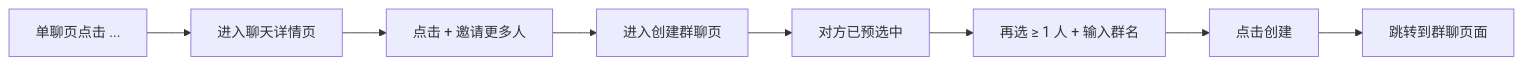
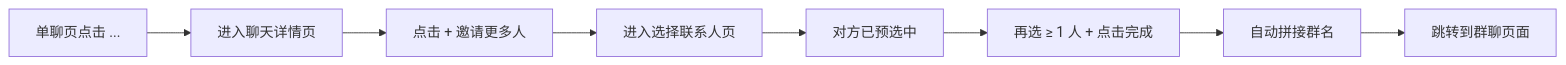
Before and after one commit to toly1994328/flash_im_by_ai: the second of 7 diagrams in docs/features/im/group/v0.0.1/analysis.md, drawn with Mermaid. The commit also changed other lines of this file and 84 other files, not shown here.

````diff
--- a/docs/features/im/group/v0.0.1/analysis.md
+++ b/docs/features/im/group/v0.0.1/analysis.md
@@ -45,10 +34,10 @@
 ```mermaid
 flowchart LR
     A[单聊页点击 ...] --> B[进入聊天详情页]
     B --> C[点击 + 邀请更多人]
-    C --> D[进入创建群聊页]
+    C --> D[进入选择联系人页]
     D --> E[对方已预选中]
-    E --> F[再选 ≥ 1 人 + 输入群名]
-    F --> G[点击创建]
+    E --> F[再选 ≥ 1 人 + 点击完成]
+    F --> G[自动拼接群名]
     G --> H[跳转到群聊页面]
 ```
````
